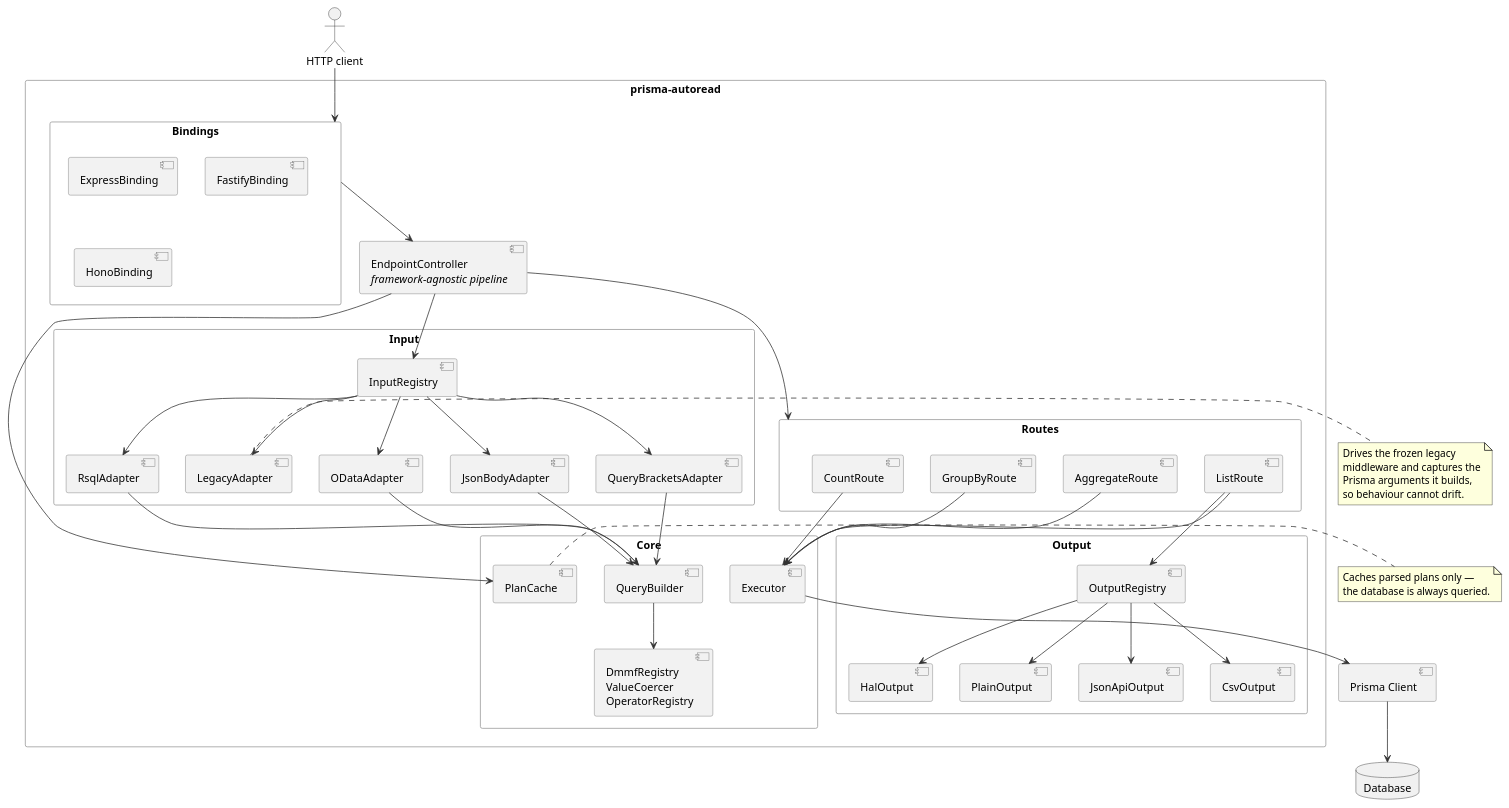
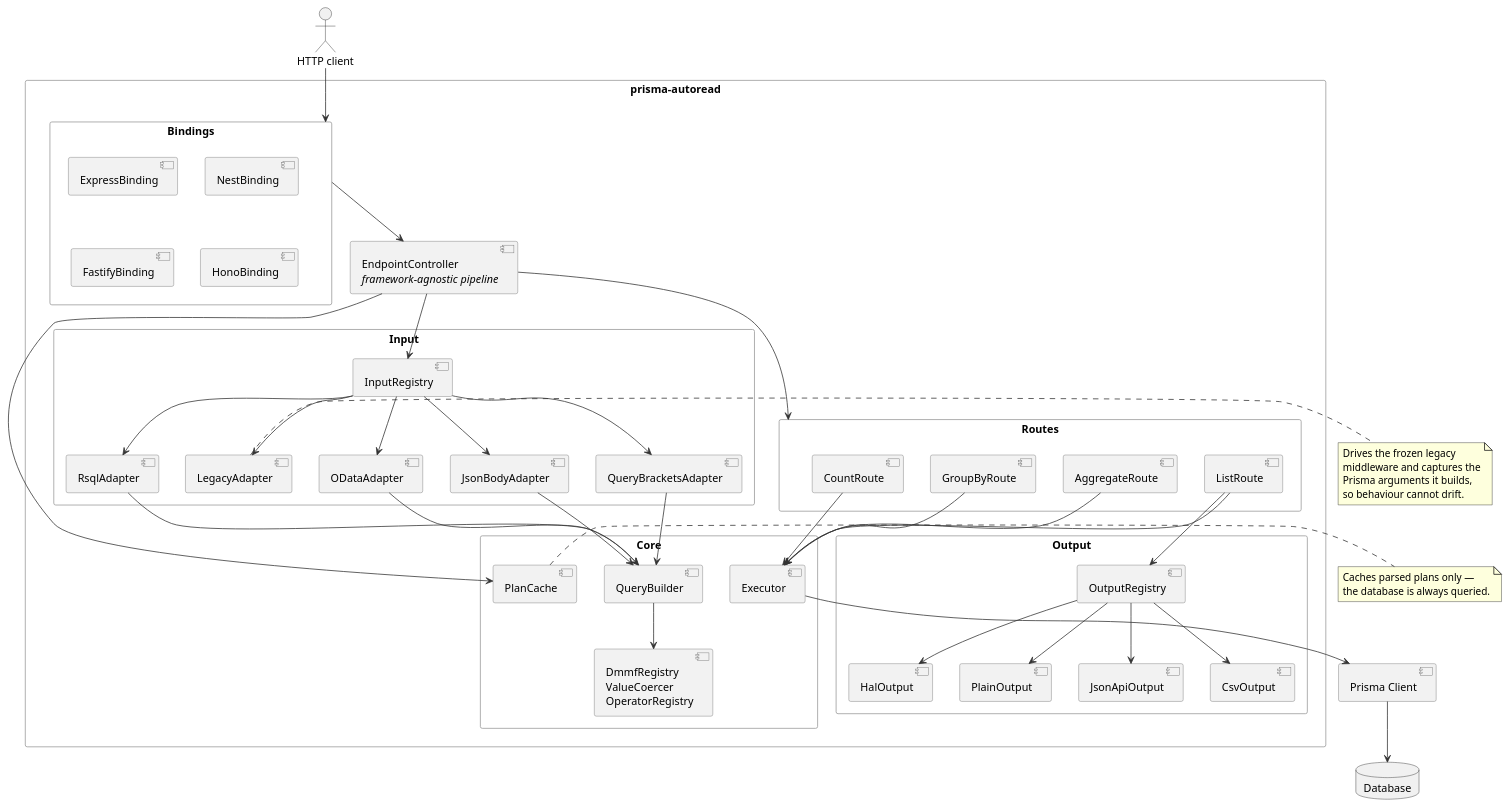
One commit to didactika/prisma-autoread changed the diagram in docs/diagrams/puml/containers.puml. Above: the diagram before and after it, drawn with PlantUML. The commit also changed 10 other files, not shown here.

```diff
--- a/docs/diagrams/puml/containers.puml
+++ b/docs/diagrams/puml/containers.puml
@@ -1,99 +1,100 @@
 @startuml containers
 ' Internal building blocks and how a request moves through them.
 skinparam shadowing false
 skinparam backgroundColor white
 skinparam component {
   BackgroundColor #F2F2F2
   BorderColor #666666
   ArrowColor #333333
 }
 skinparam rectangle {
   BorderColor #999999
 }
 
 actor "HTTP client" as client
 
 rectangle "prisma-autoread" {
 
   rectangle "Bindings" as bindings {
     component "ExpressBinding" as express
+    component "NestBinding"    as nest
     component "FastifyBinding" as fastify
     component "HonoBinding"    as hono
   }
 
   component "EndpointController\n<i>framework-agnostic pipeline</i>" as controller
 
   rectangle "Input" as input {
     component "InputRegistry"        as inreg
     component "QueryBracketsAdapter" as qb
     component "RsqlAdapter"          as rsql
     component "ODataAdapter"         as odata
     component "JsonBodyAdapter"      as json
     component "LegacyAdapter"        as legacy
   }
 
   rectangle "Core" as core {
     component "QueryBuilder"  as builder
     component "DmmfRegistry\nValueCoercer\nOperatorRegistry" as dmmf
     component "PlanCache"     as cache
     component "Executor"      as exec
   }
 
   rectangle "Routes" as routes {
     component "ListRoute"      as list
     component "CountRoute"     as count
     component "AggregateRoute" as agg
     component "GroupByRoute"   as group
   }
 
   rectangle "Output" as output {
     component "OutputRegistry" as outreg
     component "HalOutput"      as hal
     component "PlainOutput"    as plain
     component "JsonApiOutput"  as jsonapi
     component "CsvOutput"      as csv
   }
 }
 
 component "Prisma Client" as prisma
 database "Database" as db
 
 client   --> bindings
 bindings --> controller
 controller --> inreg
 inreg --> qb
 inreg --> rsql
 inreg --> odata
 inreg --> json
 inreg --> legacy
 qb    --> builder
 rsql  --> builder
 odata --> builder
 json  --> builder
 builder --> dmmf
 controller --> cache
 controller --> routes
 list  --> exec
 count --> exec
 agg   --> exec
 group --> exec
 exec  --> prisma
 prisma --> db
 list --> outreg
 outreg --> hal
 outreg --> plain
 outreg --> jsonapi
 outreg --> csv
 
 note right of legacy
   Drives the frozen legacy
   middleware and captures the
   Prisma arguments it builds,
   so behaviour cannot drift.
 end note
 
 note right of cache
   Caches parsed plans only —
   the database is always queried.
 end note
 @enduml
```
